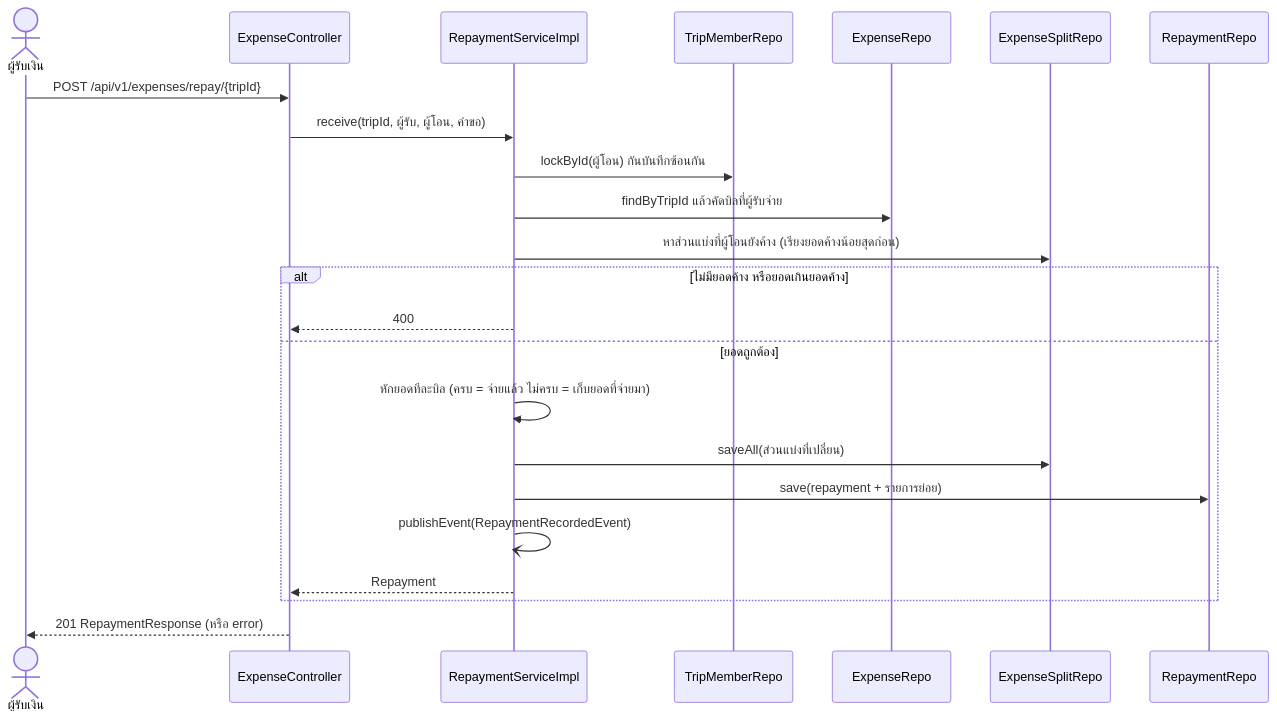
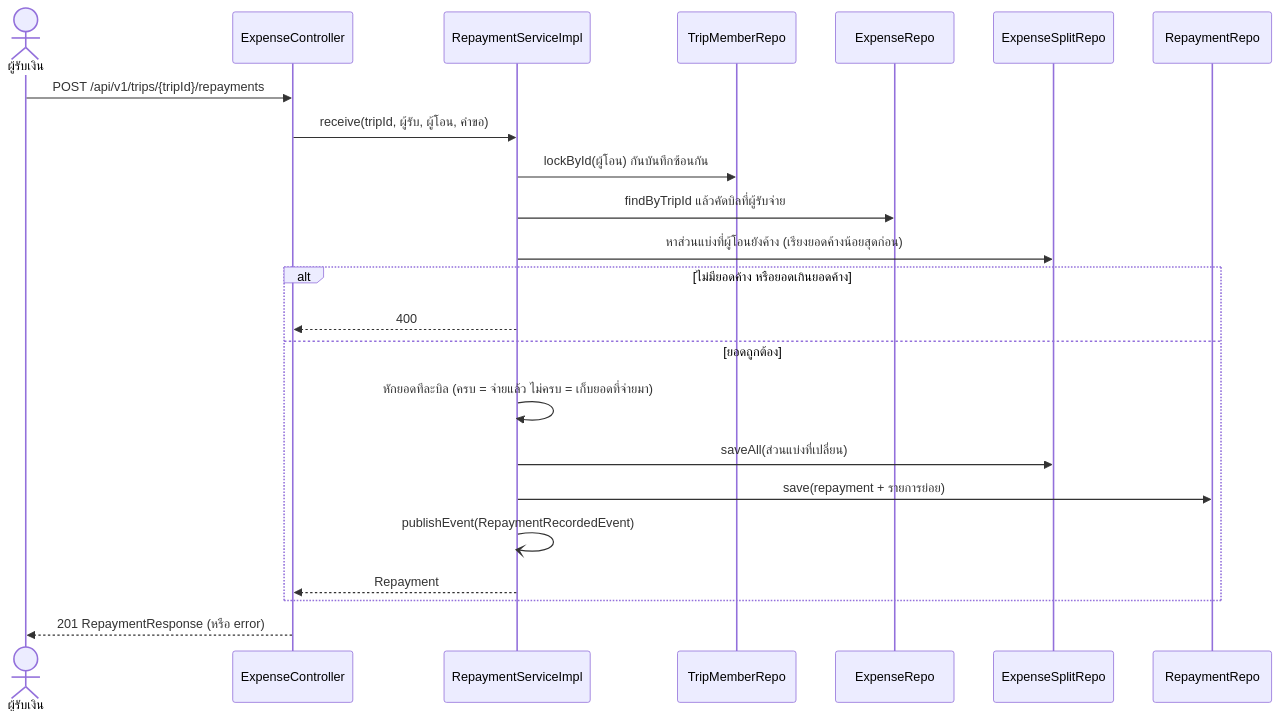
The fourth of 5 diagrams in doc/diagrams/04-sequence-diagrams.md (txark/Trip_Spitter), drawn with Mermaid before and after one commit. The commit also changed other lines of this file and 31 other files, not shown here.

````diff
--- a/doc/diagrams/04-sequence-diagrams.md
+++ b/doc/diagrams/04-sequence-diagrams.md
@@ -93,25 +93,25 @@
 ```mermaid
 sequenceDiagram
     actor U as ผู้รับเงิน
     participant C as ExpenseController
     participant S as RepaymentServiceImpl
     participant MR as TripMemberRepo
     participant ER as ExpenseRepo
     participant SR as ExpenseSplitRepo
     participant RR as RepaymentRepo
-    U->>C: POST /api/v1/expenses/repay/{tripId}
+    U->>C: POST /api/v1/trips/{tripId}/repayments
     C->>S: receive(tripId, ผู้รับ, ผู้โอน, คำขอ)
     S->>MR: lockById(ผู้โอน) กันบันทึกซ้อนกัน
     S->>ER: findByTripId แล้วคัดบิลที่ผู้รับจ่าย
     S->>SR: หาส่วนแบ่งที่ผู้โอนยังค้าง (เรียงยอดค้างน้อยสุดก่อน)
     alt ไม่มียอดค้าง หรือยอดเกินยอดค้าง
         S-->>C: 400
     else ยอดถูกต้อง
         S->>S: หักยอดทีละบิล (ครบ = จ่ายแล้ว ไม่ครบ = เก็บยอดที่จ่ายมา)
         S->>SR: saveAll(ส่วนแบ่งที่เปลี่ยน)
         S->>RR: save(repayment + รายการย่อย)
         S-)S: publishEvent(RepaymentRecordedEvent)
         S-->>C: Repayment
     end
     C-->>U: 201 RepaymentResponse (หรือ error)
 ```
````
